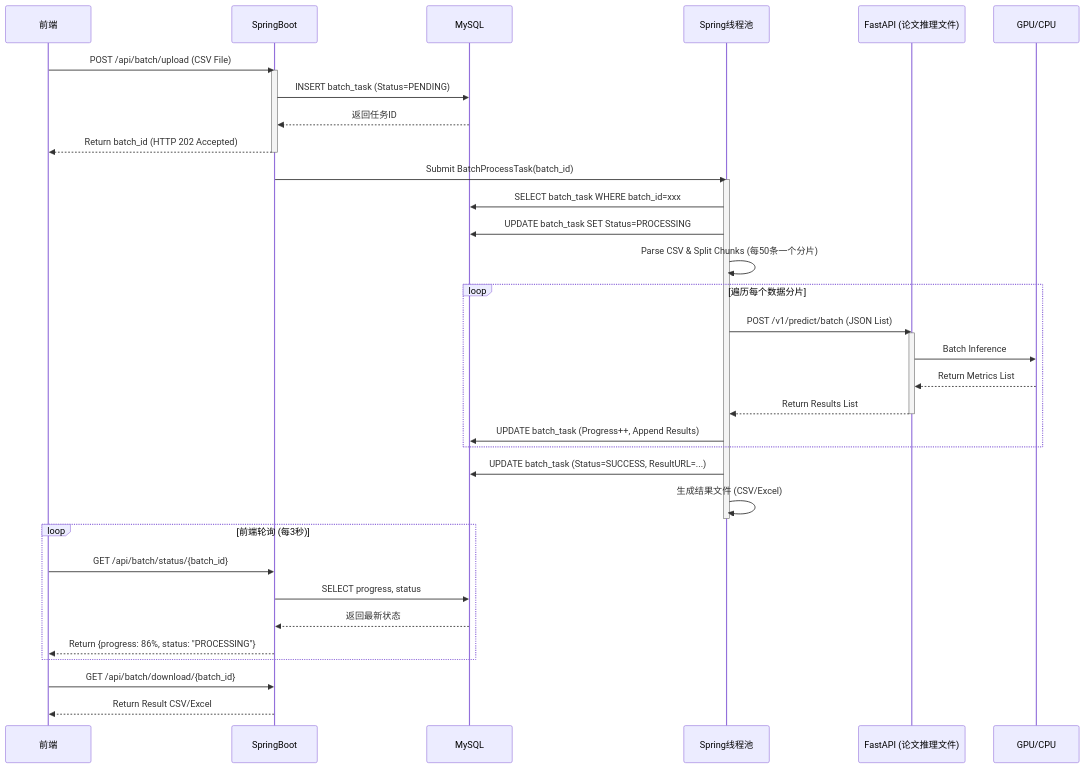
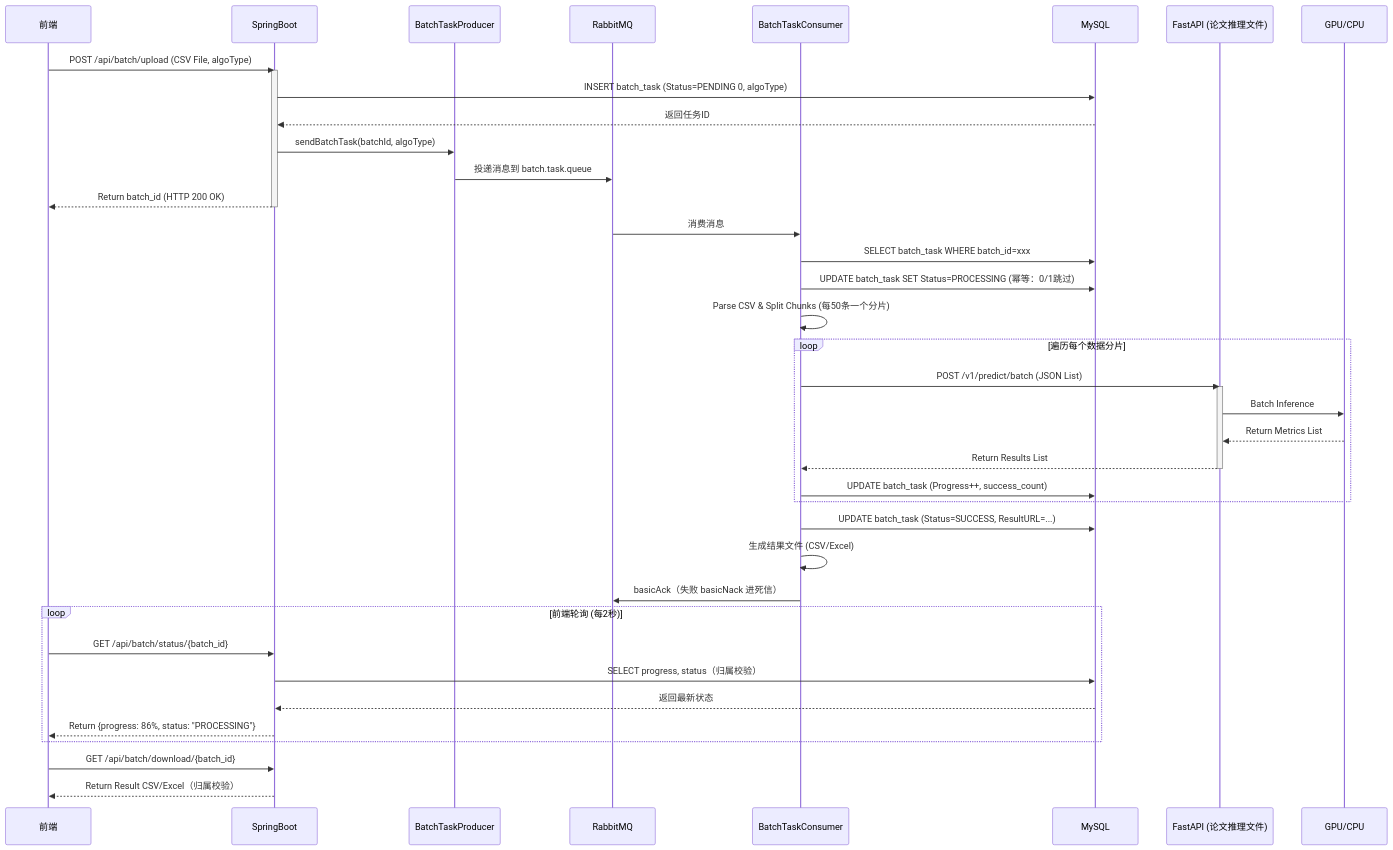
One commit to Ljz4777/SynPharm changed the fifth of 5 diagrams in docs/architecture/基于Springboot和FastAPI双后端框架的预测核心模块技术设计文档 .md. Above: the diagram before and after it, drawn with Mermaid. The commit also changed other lines of this file and 43 other files, not shown here.

````diff
--- a/docs/architecture/基于Springboot和FastAPI双后端框架的预测核心模块技术设计文档 .md
+++ b/docs/architecture/基于Springboot和FastAPI双后端框架的预测核心模块技术设计文档 .md
@@ -796,51 +815,53 @@
 ```mermaid
 sequenceDiagram
     participant User as 前端
     participant SB as SpringBoot
+    participant Producer as BatchTaskProducer
+    participant MQ as RabbitMQ
+    participant Consumer as BatchTaskConsumer
     participant DB as MySQL
-    participant TP as Spring线程池
     participant FA as FastAPI (论文推理文件)
     participant GPU as GPU/CPU
 
-    User->>SB: POST /api/batch/upload (CSV File)
+    User->>SB: POST /api/batch/upload (CSV File, algoType)
     activate SB
     
-    SB->>DB: INSERT batch_task (Status=PENDING)
+    SB->>DB: INSERT batch_task (Status=PENDING 0, algoType)
     DB-->>SB: 返回任务ID
+    SB->>Producer: sendBatchTask(batchId, algoType)
+    Producer->>MQ: 投递消息到 batch.task.queue
     
-    SB-->>User: Return batch_id (HTTP 202 Accepted)
+    SB-->>User: Return batch_id (HTTP 200 OK)
     deactivate SB
 
-    SB->>TP: Submit BatchProcessTask(batch_id)
-
-    activate TP
-    TP->>DB: SELECT batch_task WHERE batch_id=xxx
-    TP->>DB: UPDATE batch_task SET Status=PROCESSING
+    MQ->>Consumer: 消费消息
+    Consumer->>DB: SELECT batch_task WHERE batch_id=xxx
+    Consumer->>DB: UPDATE batch_task SET Status=PROCESSING (幂等：0/1跳过)
     
-    TP->>TP: Parse CSV & Split Chunks (每50条一个分片)
+    Consumer->>Consumer: Parse CSV & Split Chunks (每50条一个分片)
 
     loop 遍历每个数据分片
-        TP->>FA: POST /v1/predict/batch (JSON List)
+        Consumer->>FA: POST /v1/predict/batch (JSON List)
         activate FA
         FA->>GPU: Batch Inference
         GPU-->>FA: Return Metrics List
-        FA-->>TP: Return Results List
+        FA-->>Consumer: Return Results List
         deactivate FA
 
-        TP->>DB: UPDATE batch_task (Progress++, Append Results)
+        Consumer->>DB: UPDATE batch_task (Progress++, success_count)
     end
 
-    TP->>DB: UPDATE batch_task (Status=SUCCESS, ResultURL=...)
-    TP->>TP: 生成结果文件 (CSV/Excel)
-    deactivate TP
+    Consumer->>DB: UPDATE batch_task (Status=SUCCESS, ResultURL=...)
+    Consumer->>Consumer: 生成结果文件 (CSV/Excel)
+    Consumer->>MQ: basicAck（失败 basicNack 进死信）
 
-    loop 前端轮询 (每3秒)
+    loop 前端轮询 (每2秒)
         User->>SB: GET /api/batch/status/{batch_id}
-        SB->>DB: SELECT progress, status
+        SB->>DB: SELECT progress, status（归属校验）
         DB-->>SB: 返回最新状态
         SB-->>User: Return {progress: 86%, status: "PROCESSING"}
     end
 
     User->>SB: GET /api/batch/download/{batch_id}
-    SB-->>User: Return Result CSV/Excel
+    SB-->>User: Return Result CSV/Excel（归属校验）
 ```
````
